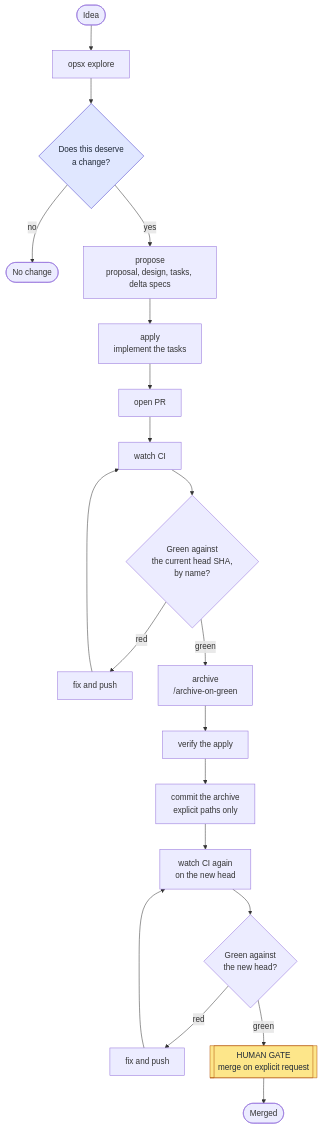
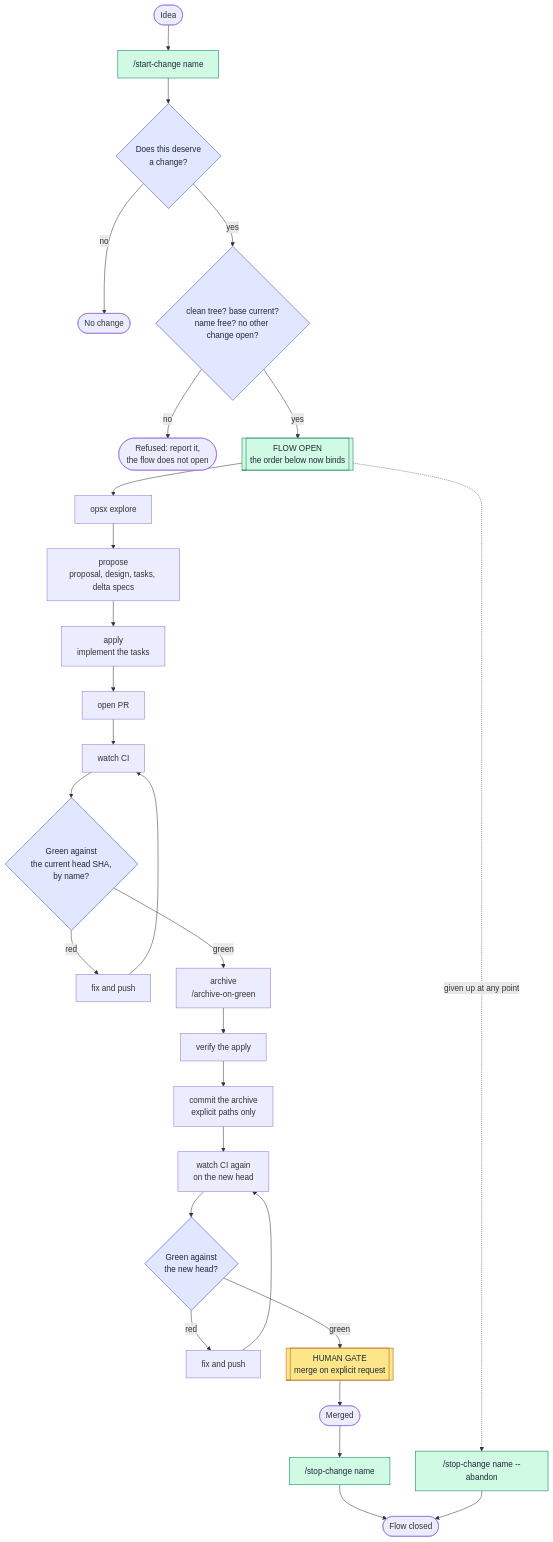
One commit to yannicklescure/openspec-flow changed the first of 5 diagrams in docs/change-flow.md. Above: the diagram before and after it, drawn with Mermaid. The commit also changed other lines of this file and 5 other files, not shown here.

````diff
--- a/docs/change-flow.md
+++ b/docs/change-flow.md
@@ -8,27 +8,43 @@
 ```mermaid
 flowchart TD
-  start(["Idea"]) --> explore["opsx explore"]
-  explore --> deserve{"Does this deserve<br/>a change?"}
+  start(["Idea"]) --> openCmd["/start-change name"]
+  openCmd --> deserve{"Does this deserve<br/>a change?"}
   deserve -- no --> drop(["No change"])
-  deserve -- yes --> propose["propose<br/>proposal, design, tasks, delta specs"]
+  deserve -- yes --> checks{"clean tree? base current?<br/>name free? no other change open?"}
+  checks -- no --> refuse(["Refused: report it,<br/>the flow does not open"])
+  checks -- yes --> opened[["FLOW OPEN<br/>the order below now binds"]]
+  opened --> explore["opsx explore"]
+  explore --> propose["propose<br/>proposal, design, tasks, delta specs"]
   propose --> apply["apply<br/>implement the tasks"]
   apply --> pr["open PR"]
   pr --> ci1["watch CI"]
   ci1 --> green1{"Green against<br/>the current head SHA,<br/>by name?"}
   green1 -- "red" --> fix["fix and push"]
   fix --> ci1
   green1 -- "green" --> archive["archive<br/>/archive-on-green"]
   archive --> verify["verify the apply"]
   verify --> commit["commit the archive<br/>explicit paths only"]
   commit --> ci2["watch CI again<br/>on the new head"]
   ci2 --> green2{"Green against<br/>the new head?"}
   green2 -- red --> fix2["fix and push"]
   fix2 --> ci2
   green2 -- green --> gate[["HUMAN GATE<br/>merge on explicit request"]]
   gate --> merged(["Merged"])
+  merged --> closeCmd["/stop-change name"]
+  closeCmd --> closed(["Flow closed"])
+  opened -. "given up at any point" .-> abandonCmd["/stop-change name --abandon"]
+  abandonCmd --> closed
 
   classDef human fill:#fde68a,stroke:#b45309,color:#1f2937;
   classDef question fill:#e0e7ff,stroke:#4338ca,color:#1f2937;
+  classDef bracket fill:#d1fae5,stroke:#047857,color:#1f2937;
   class gate human;
   class deserve question;
+  class checks question;
+  class green1 question;
+  class green2 question;
+  class opened bracket;
+  class openCmd bracket;
+  class closeCmd bracket;
+  class abandonCmd bracket;
 ```
````
